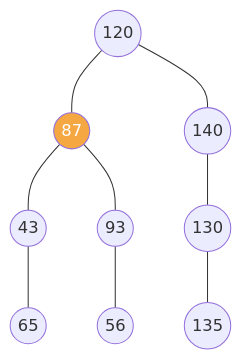
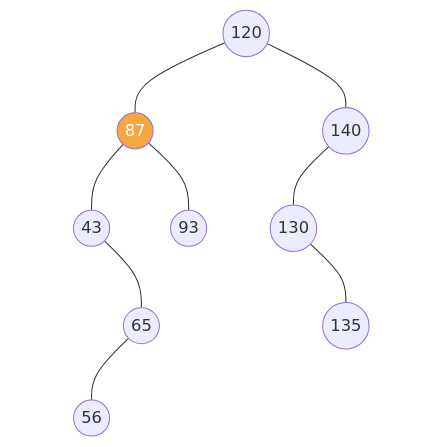
Diagram 13 of 39 in 03-arboles.md (frijolitobandido/Guia_Matematica_Discreta), drawn with Mermaid before and after one commit. The commit also changed other lines of this file, not shown here.

````diff
--- a/03-arboles.md
+++ b/03-arboles.md
@@ -406,13 +424,19 @@
 ```mermaid
 graph TD
     n120((120)) --- n87((87))
     n120 --- n140((140))
     n87 --- n43((43))
     n87 --- n93((93))
     n140 --- n130((130))
+    n140 --- inv140[" "]:::invis
+    n43 --- inv43[" "]:::invis
     n43 --- n65((65))
+    n130 --- inv130[" "]:::invis
     n130 --- n135((135))
-    n93 --- n56((56))
+    n65 --- n56((56))
+    n65 --- inv65[" "]:::invis
 
+    classDef invis fill:none,stroke:none,color:none
     style n87 fill:#f5a742,color:#fff
+    linkStyle 5,6,8,11 stroke:none;
 ```
````
